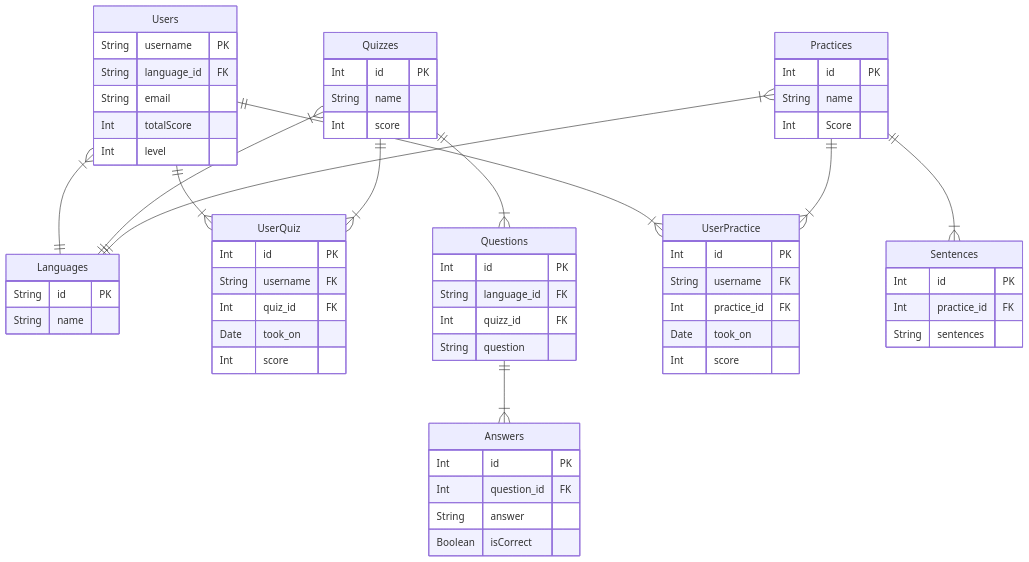
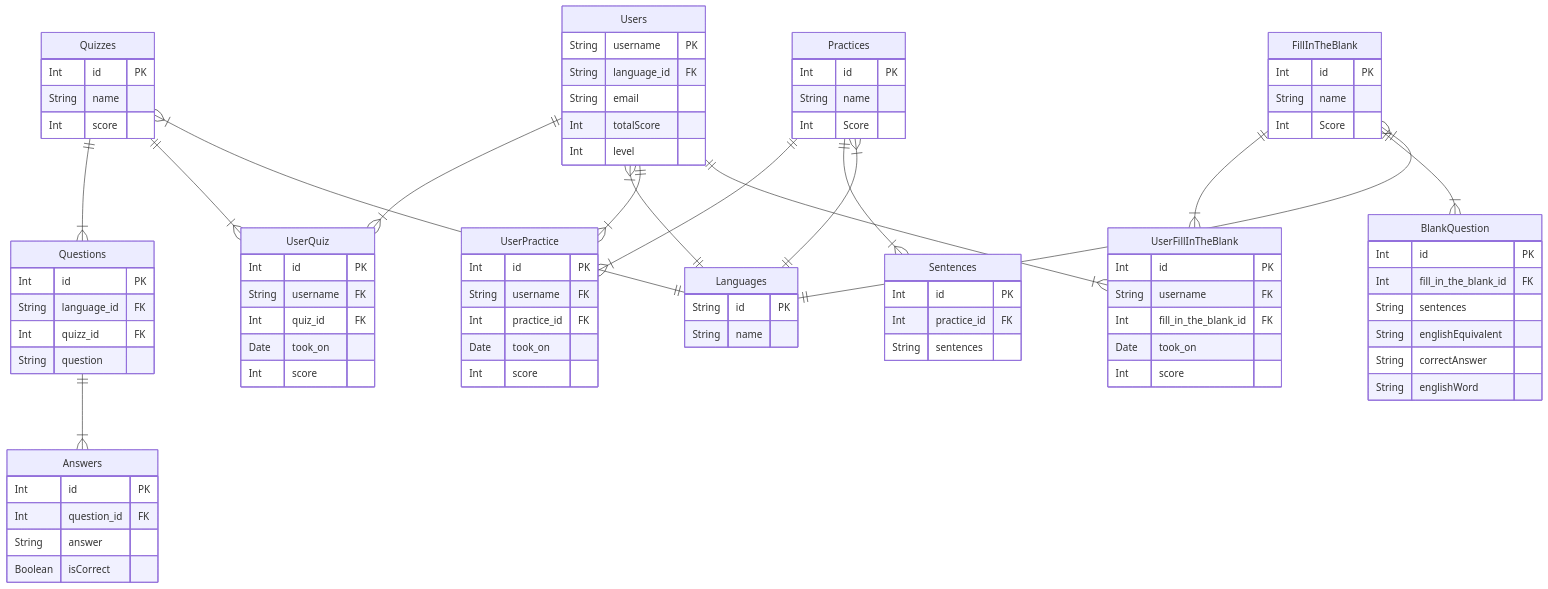
The diagram in documentation/docs/system-architecture/database-diagrams.md (Capstone-Projects-2023-Fall/project-language-learning-discord-bot), drawn with Mermaid before and after one commit.

````diff
--- a/documentation/docs/system-architecture/database-diagrams.md
+++ b/documentation/docs/system-architecture/database-diagrams.md
@@ -75,6 +75,29 @@
   String sentences
 }
 
+FillInTheBlank {
+  Int id PK
+  String name
+  Int Score
+}
+
+UserFillInTheBlank {
+  Int id PK
+  String username FK
+  Int fill_in_the_blank_id FK
+  Date took_on
+  Int score
+}
+
+BlankQuestion {
+  Int id PK
+  Int fill_in_the_blank_id FK
+  String sentences
+  String englishEquivalent
+  String correctAnswer
+  String englishWord
+}
+
 Questions ||--|{ Answers : ""
 Quizzes ||--|{ Questions : ""
 Users ||--|{ UserQuiz : ""
@@ -88,5 +111,11 @@
 Practices }|--|| Languages : ""
 
 
+Users ||--|{ UserFillInTheBlank : ""
+FillInTheBlank ||--|{ UserFillInTheBlank : ""
+FillInTheBlank ||--|{ BlankQuestion : ""
+FillInTheBlank }|--|| Languages : ""
+
+
 
 ```
````
